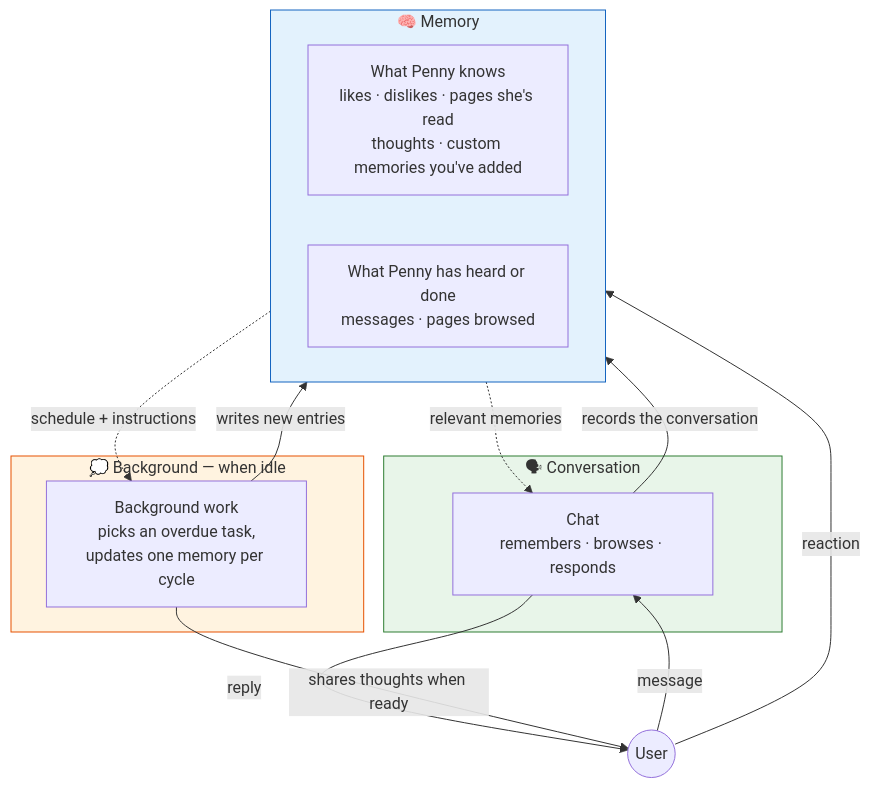
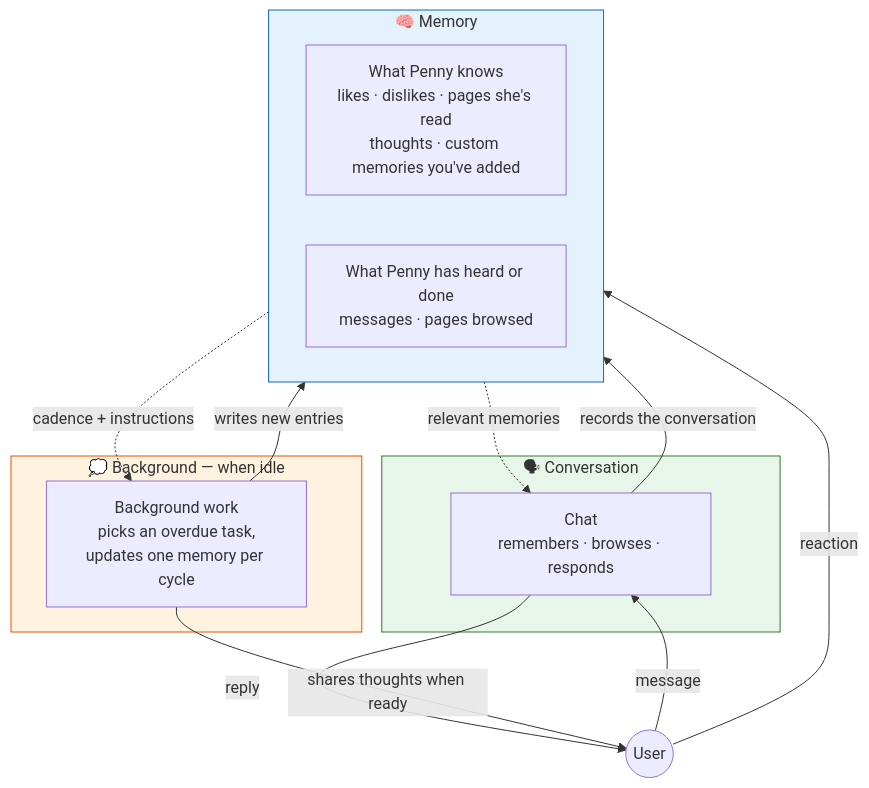
Before and after one commit to lockhart-ai/penny: the diagram in README.md, drawn with Mermaid. The commit also changed other lines of this file and 55 other files, not shown here.

````diff
--- a/README.md
+++ b/README.md
@@ -77,30 +77,30 @@
 ```mermaid
 flowchart TB
     User((User)) -->|message| Chat
     User -->|reaction| MemoryFW
 
     subgraph Conversation["🗣 Conversation"]
         Chat[Chat<br>remembers · browses · responds]
     end
 
     MemoryFW -.->|"relevant memories"| Chat
     Chat -->|reply| User
     Chat -->|"records the conversation"| MemoryFW
 
     subgraph MemoryFW["🧠 Memory"]
         Collections["What Penny knows<br>likes · dislikes · pages she's read<br>thoughts · custom memories you've added"]
         Logs["What Penny has heard or done<br>messages · pages browsed"]
     end
 
     subgraph Background["💭 Background — when idle"]
         Coll["Background work<br>picks an overdue task,<br>updates one memory per cycle"]
     end
 
-    MemoryFW -.->|"schedule + instructions"| Coll
+    MemoryFW -.->|"cadence + instructions"| Coll
     Coll -->|"writes new entries"| MemoryFW
     Coll -->|"shares thoughts when ready"| User
 
     style Conversation fill:#e8f5e9,stroke:#2e7d32
     style MemoryFW fill:#e3f2fd,stroke:#1565c0
     style Background fill:#fff3e0,stroke:#e65100
 ```
````
